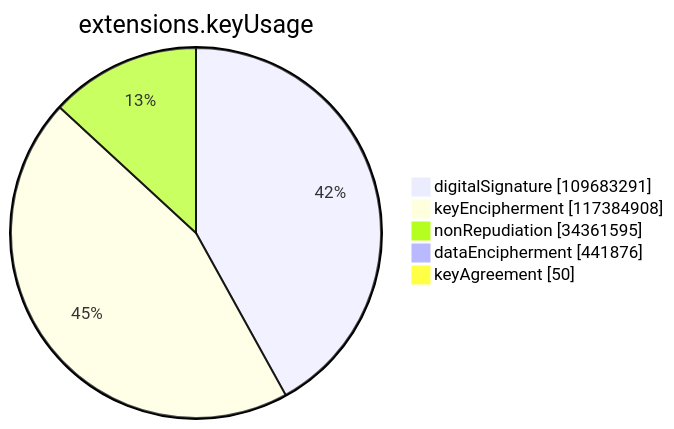
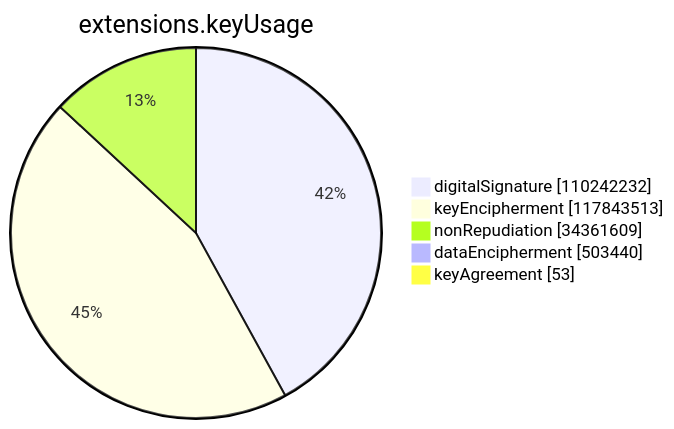
The sixth of 15 diagrams in argon2023/README.md (christiankrug/ctmonitor_visualization), drawn with Mermaid before and after one commit. The commit also changed other lines of this file, not shown here.

````diff
--- a/argon2023/README.md
+++ b/argon2023/README.md
@@ -2137,9 +2139,9 @@
 ```mermaid
 pie showData
 title extensions.keyUsage
-"digitalSignature" :109683291
-"keyEncipherment" :117384908
-"nonRepudiation" :34361595
-"dataEncipherment" :441876
-"keyAgreement" :50
+"digitalSignature" :110242232
+"keyEncipherment" :117843513
+"nonRepudiation" :34361609
+"dataEncipherment" :503440
+"keyAgreement" :53
 ```
````
